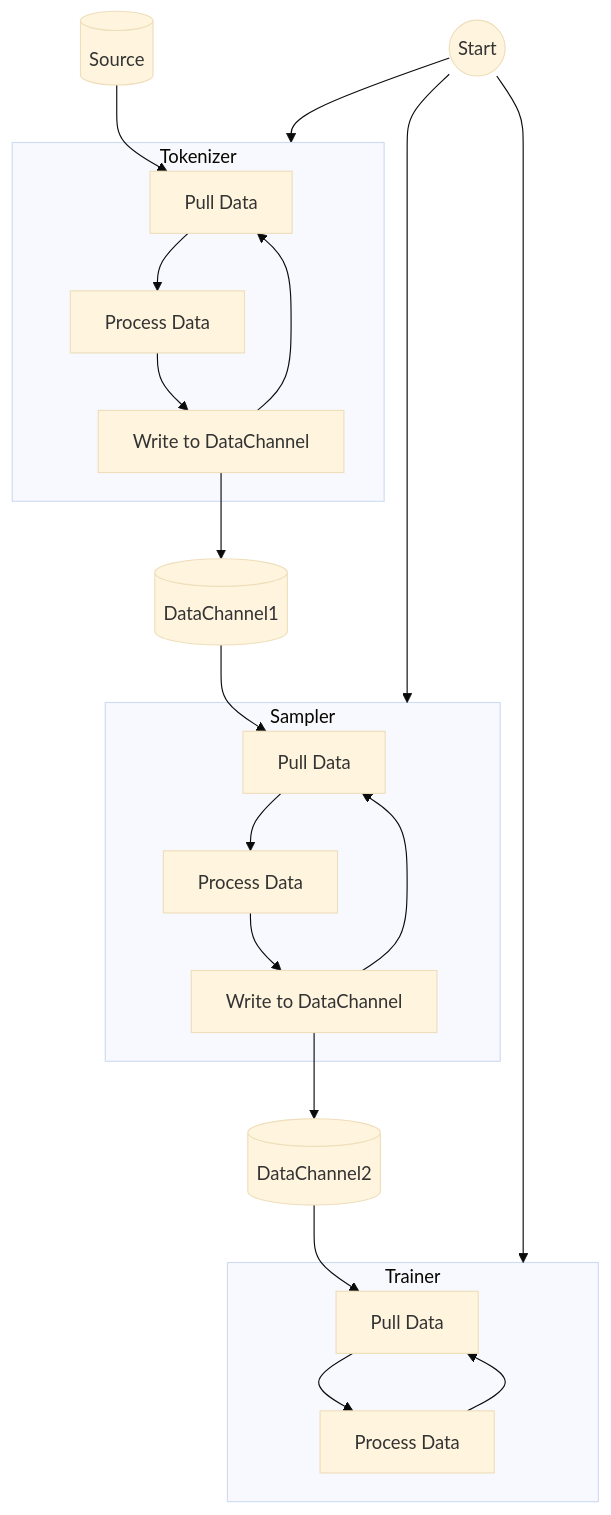
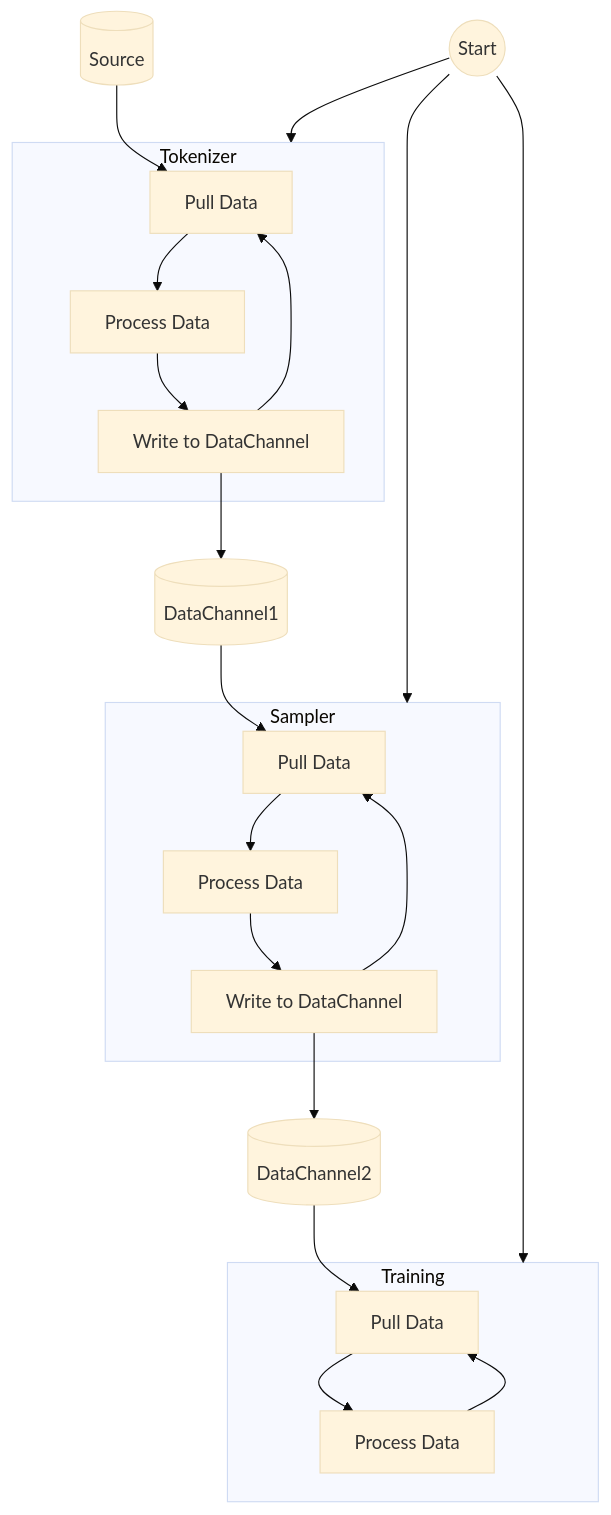
The third of 4 diagrams in docs/design/hybrid-overview.md (intelligent-machine-learning/dlrover), drawn with Mermaid (base theme) before and after one commit. The commit also changed other lines of this file, not shown here.

````diff
--- a/docs/design/hybrid-overview.md
+++ b/docs/design/hybrid-overview.md
@@ -201,34 +207,34 @@
 ```mermaid
 flowchart TD
     subgraph Tokenizer
         B1[Pull Data]
         B2[Process Data]
         B3[Write to DataChannel]
         B1 --> B2 --> B3 --> B1
     end
     subgraph Sampler
         D1[Pull Data]
         D2[Process Data]
         D3[Write to DataChannel]
         D1 --> D2 --> D3 --> D1
     end
-    subgraph Trainer
+    subgraph Training
         F1[Pull Data]
         F2[Process Data]
         F1 --> F2 --> F1
     end
 
     Source[(Source)]
     DataChannel1[(DataChannel1)]
     DataChannel2[(DataChannel2)]
 
     Source --> B1
     B3 --> DataChannel1
     DataChannel1 --> D1
     D3 --> DataChannel2
     DataChannel2 --> F1
 
     Start((Start)) --> Tokenizer
     Start --> Sampler
-    Start --> Trainer
+    Start --> Training
 ```
````
